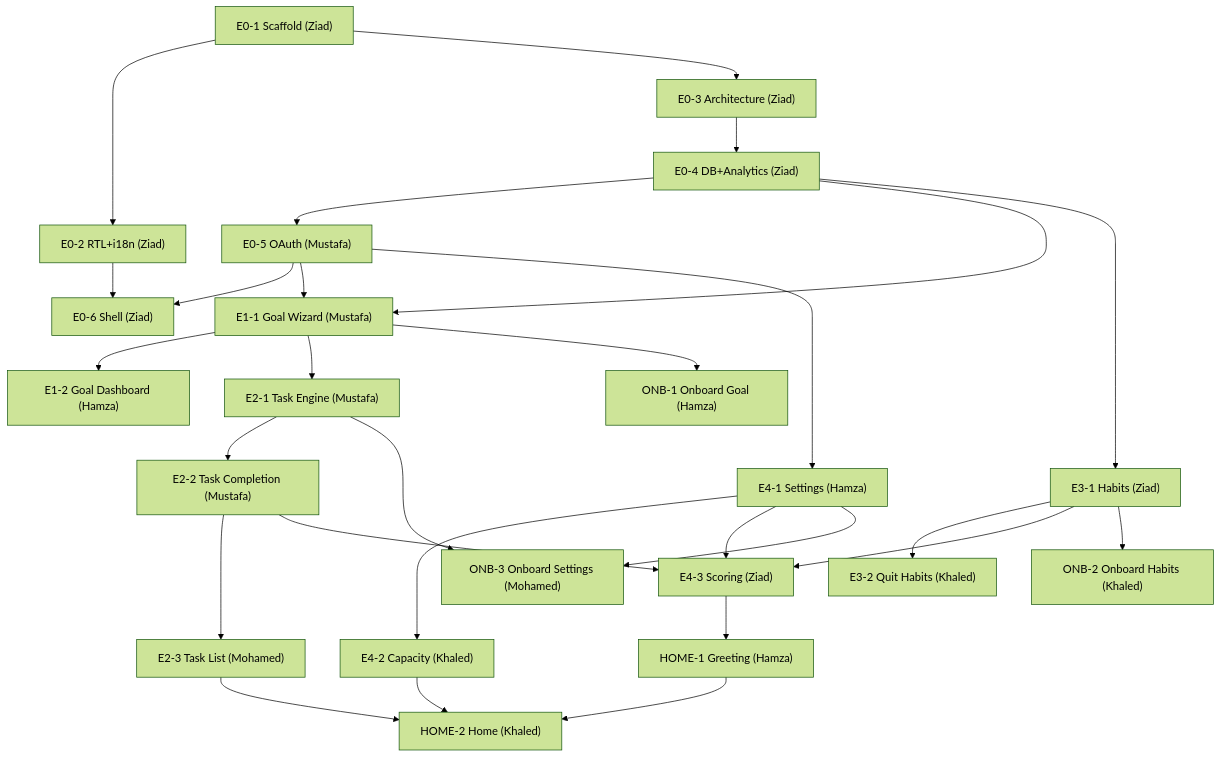
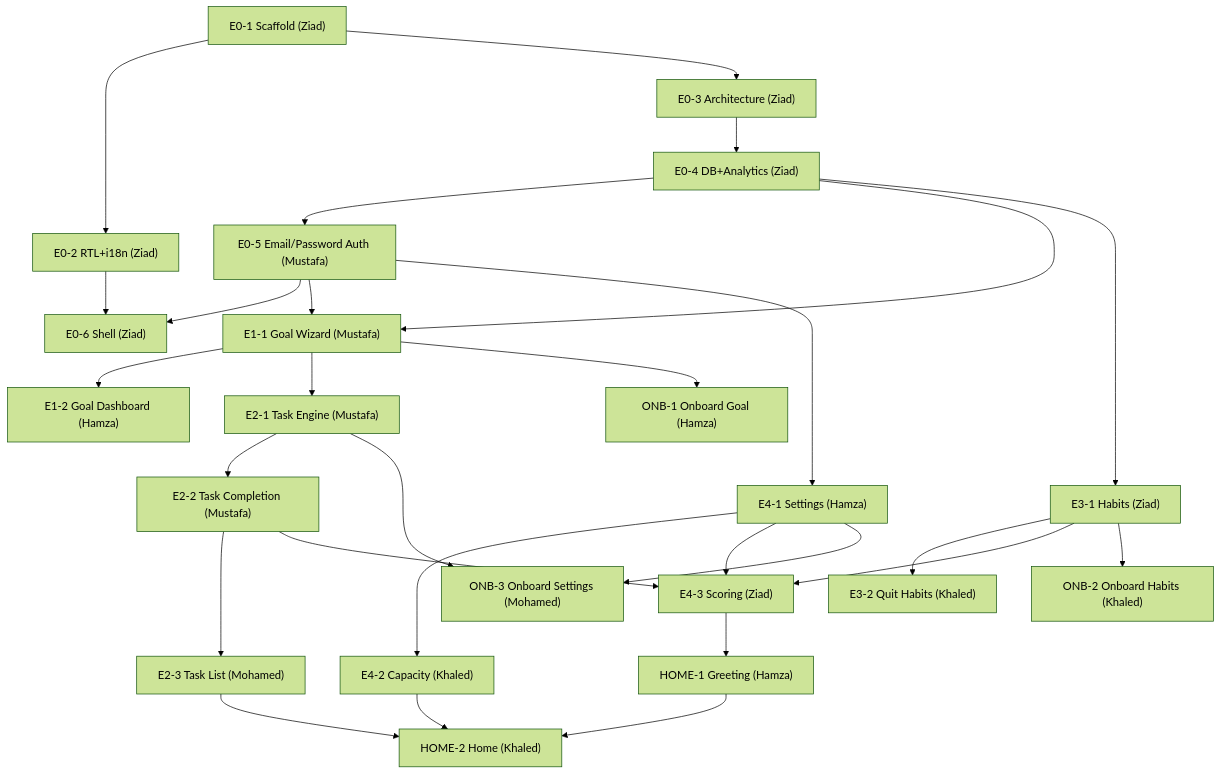
One commit to nhahub/NHA-4-225 changed the diagram in Docs/team-task-assignments.md. Above: the diagram before and after it, drawn with Mermaid (forest theme). The commit also changed other lines of this file and 10 other files, not shown here.

````diff
--- a/Docs/team-task-assignments.md
+++ b/Docs/team-task-assignments.md
@@ -201,30 +201,30 @@
 ```mermaid
 graph TD
     E0-1["E0-1 Scaffold (Ziad)"] --> E0-2["E0-2 RTL+i18n (Ziad)"]
     E0-1 --> E0-3["E0-3 Architecture (Ziad)"]
     E0-3 --> E0-4["E0-4 DB+Analytics (Ziad)"]
-    E0-4 --> E0-5["E0-5 OAuth (Mustafa)"]
+    E0-4 --> E0-5["E0-5 Email/Password Auth (Mustafa)"]
     E0-5 --> E0-6["E0-6 Shell (Ziad)"]
     E0-2 --> E0-6
     E0-5 --> E1-1["E1-1 Goal Wizard (Mustafa)"]
     E0-4 --> E1-1
     E1-1 --> E1-2["E1-2 Goal Dashboard (Hamza)"]
     E1-1 --> E2-1["E2-1 Task Engine (Mustafa)"]
     E2-1 --> E2-2["E2-2 Task Completion (Mustafa)"]
     E2-2 --> E2-3["E2-3 Task List (Mohamed)"]
     E0-4 --> E3-1["E3-1 Habits (Ziad)"]
     E3-1 --> E3-2["E3-2 Quit Habits (Khaled)"]
     E0-5 --> E4-1["E4-1 Settings (Hamza)"]
     E4-1 --> E4-2["E4-2 Capacity (Khaled)"]
     E2-2 --> E4-3["E4-3 Scoring (Ziad)"]
     E3-1 --> E4-3
     E4-1 --> E4-3
     E4-3 --> HOME-1["HOME-1 Greeting (Hamza)"]
     HOME-1 --> HOME-2["HOME-2 Home (Khaled)"]
     E2-3 --> HOME-2
     E4-2 --> HOME-2
     E1-1 --> ONB-1["ONB-1 Onboard Goal (Hamza)"]
     E3-1 --> ONB-2["ONB-2 Onboard Habits (Khaled)"]
     E4-1 --> ONB-3["ONB-3 Onboard Settings (Mohamed)"]
     E2-1 --> ONB-3
 ```
````
